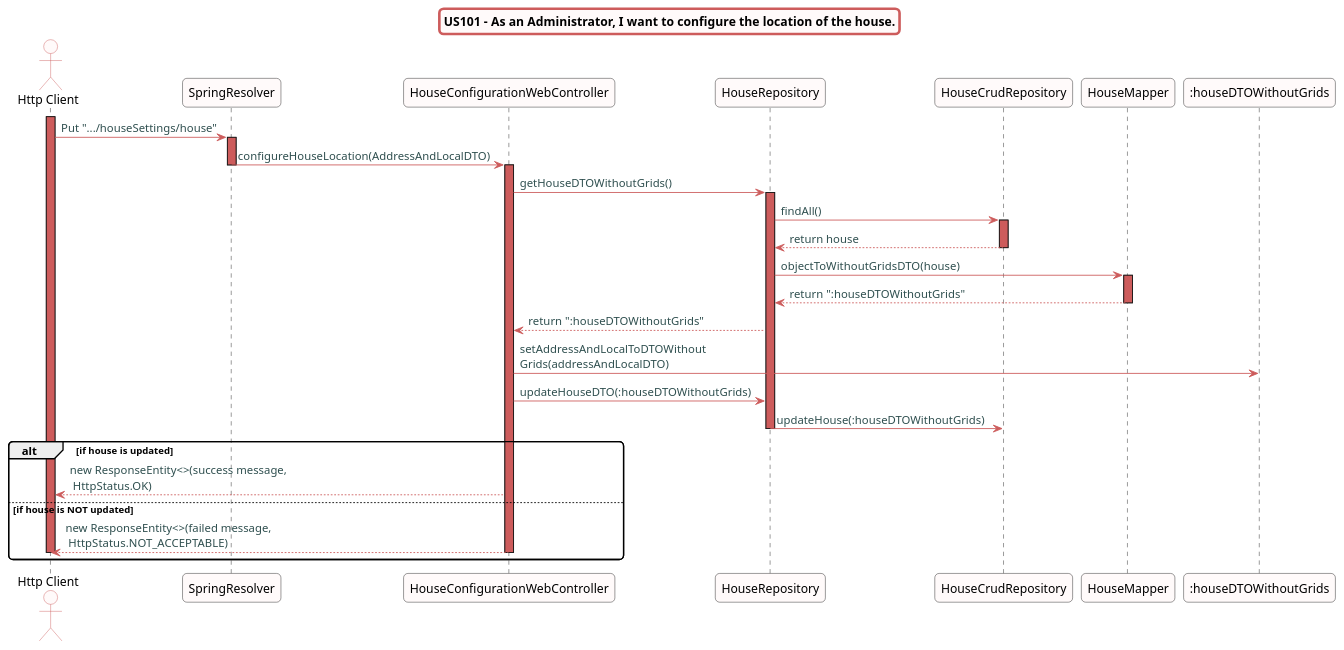
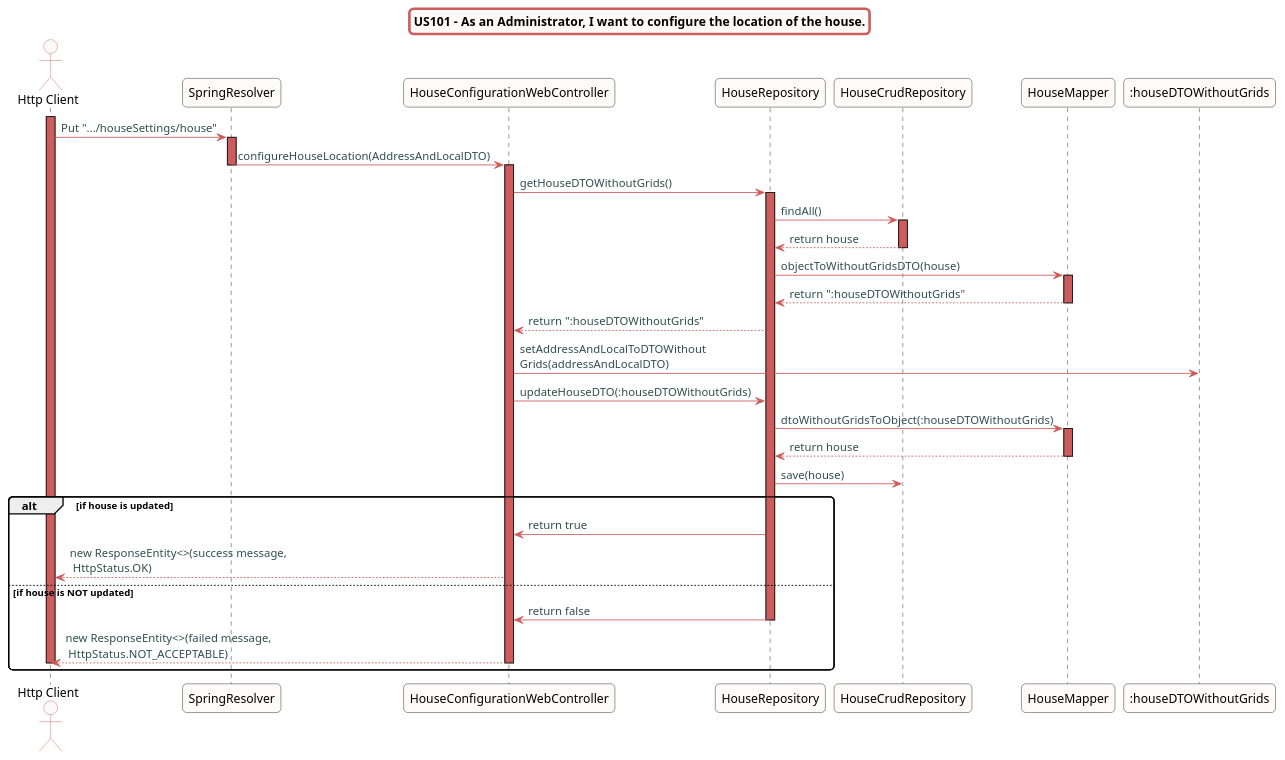
The diagram in src/doc/WEB_Controllers/HouseConfiguration/US101/US101_sd_HouseConfiguration.puml (Almadanmp/project), drawn with PlantUML before and after one commit. The commit also changed 1 other file, not shown here.

Commit message:
REF #364 #361 - added tests to GASettingsController to cover all conditions. - updated diagram for US101.

```diff
--- a/src/doc/WEB_Controllers/HouseConfiguration/US101/US101_sd_HouseConfiguration.puml
+++ b/src/doc/WEB_Controllers/HouseConfiguration/US101/US101_sd_HouseConfiguration.puml
@@ -1,60 +1,66 @@
 @startuml
 
 skinparam titleBorderRoundCorner 10
 skinparam titleBorderThickness 3
 skinparam titleBorderColor indianred
 skinparam titleBackgroundColor snow
 skinparam FontName quicksand
 
 skinparam actor {
   BorderColor indianred
   backgroundColor Snow
   }
 
 skinparam sequence {
   LifeLineBackgroundColor indianred
   ParticipantBackgroundColor snow
 }
 
 skinparam roundcorner 10
 
 skinparam component {
   arrowThickness 1
   ArrowFontName Verdana
   ArrowColor indianred
   ArrowFontColor darkslategrey
 }
 
 title US101 - As an Administrator, I want to configure the location of the house.
 
 actor "Http Client"
 activate "Http Client"
 "Http Client" -> "SpringResolver":  Put ".../houseSettings/house"
 activate "SpringResolver"
 "SpringResolver" -> "HouseConfigurationWebController": configureHouseLocation(AddressAndLocalDTO)
 deactivate "SpringResolver"
 activate "HouseConfigurationWebController"
 "HouseConfigurationWebController" -> "HouseRepository": getHouseDTOWithoutGrids()
 activate "HouseRepository"
 "HouseRepository" -> "HouseCrudRepository": findAll()
 activate "HouseCrudRepository"
 "HouseCrudRepository" --> "HouseRepository": return house
 deactivate "HouseCrudRepository"
 "HouseRepository" -> "HouseMapper": objectToWithoutGridsDTO(house)
 activate "HouseMapper"
 "HouseMapper" --> "HouseRepository": return ":houseDTOWithoutGrids"
 deactivate "HouseMapper"
 "HouseRepository" --> "HouseConfigurationWebController": return ":houseDTOWithoutGrids"
 "HouseConfigurationWebController" -> ":houseDTOWithoutGrids":setAddressAndLocalToDTOWithout\nGrids(addressAndLocalDTO)
 "HouseConfigurationWebController" -> "HouseRepository": updateHouseDTO(:houseDTOWithoutGrids)
-"HouseRepository" -> "HouseCrudRepository": updateHouse(:houseDTOWithoutGrids)
-deactivate "HouseRepository"
+"HouseRepository" -> "HouseMapper": dtoWithoutGridsToObject(:houseDTOWithoutGrids)
+activate "HouseMapper"
+"HouseMapper" --> "HouseRepository": return house
+deactivate "HouseMapper"
+"HouseRepository" -> "HouseCrudRepository": save(house)
 alt if house is updated
+"HouseRepository" -> "HouseConfigurationWebController": return true
 "HouseConfigurationWebController" --> "Http Client": new ResponseEntity<>(success message,\n HttpStatus.OK)
 else if house is NOT updated
+"HouseRepository" -> "HouseConfigurationWebController": return false
+deactivate "HouseRepository"
 "HouseConfigurationWebController" --> "Http Client": new ResponseEntity<>(failed message,\n HttpStatus.NOT_ACCEPTABLE)
 deactivate "HouseConfigurationWebController"
 deactivate "Http Client"
 end
 
 @enduml
```
